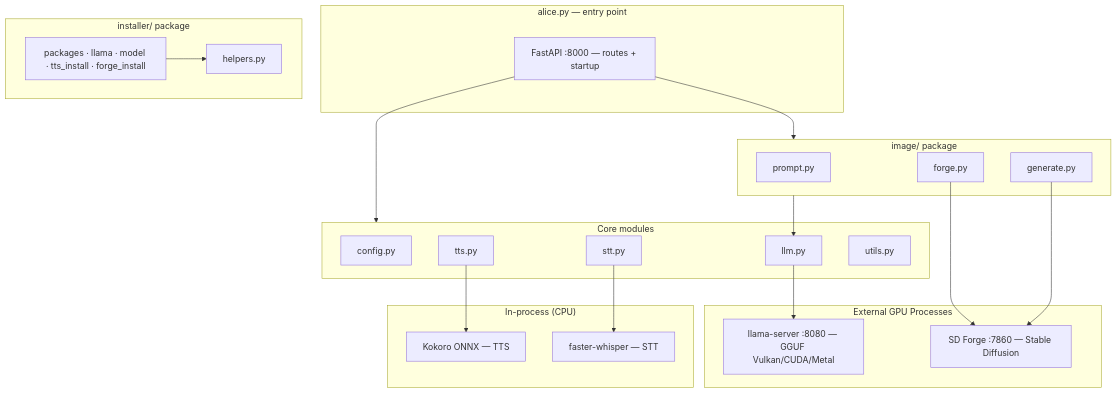
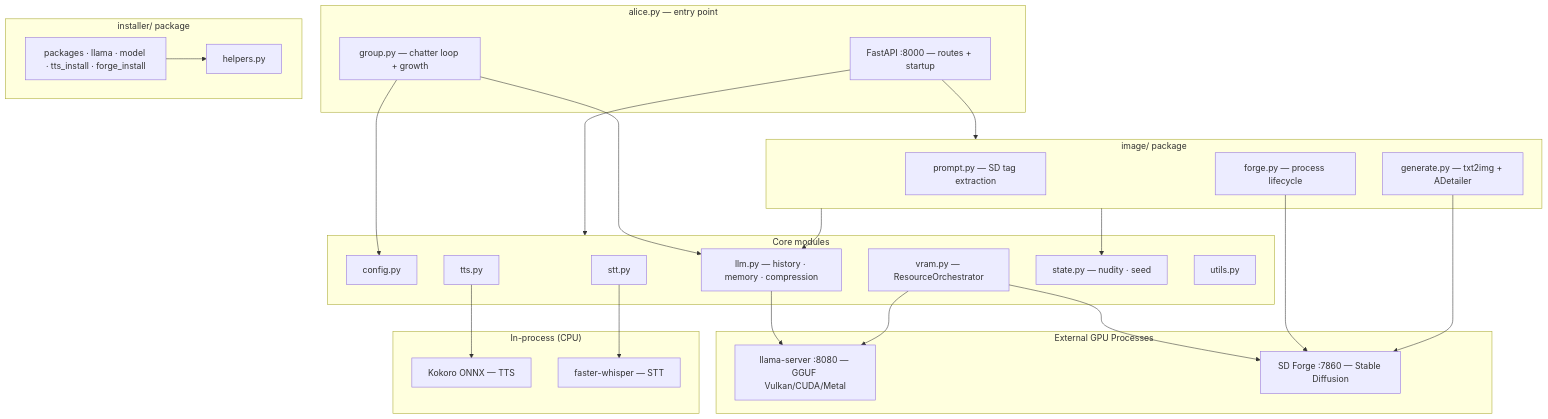
Before and after one commit to cschladetsch/PyLocalEnsemble: the first of 3 diagrams in Roadmap.md, drawn with Mermaid. The commit also changed other lines of this file and 2 other files, not shown here.

First line of the commit message:
Update all .md files with accurate mermaid diagrams

````diff
--- a/Roadmap.md
+++ b/Roadmap.md
@@ -32,45 +32,53 @@
 ```mermaid
 graph TD
     subgraph App ["alice.py — entry point"]
         Routes["FastAPI :8000 — routes + startup"]
+        Group["group.py — chatter loop + growth"]
     end
 
     subgraph Core ["Core modules"]
         Config["config.py"]
-        LLM["llm.py"]
+        LLM["llm.py — history · memory · compression"]
+        VRAM["vram.py — ResourceOrchestrator"]
         TTS_M["tts.py"]
         STT_M["stt.py"]
+        State["state.py — nudity · seed"]
         Utils["utils.py"]
     end
 
     subgraph ImagePkg ["image/ package"]
-        Prompt["prompt.py"]
-        Forge_["forge.py"]
-        Generate["generate.py"]
+        Prompt["prompt.py — SD tag extraction"]
+        Forge_["forge.py — process lifecycle"]
+        Generate["generate.py — txt2img + ADetailer"]
     end
 
     subgraph InstallPkg ["installer/ package"]
         Helpers["helpers.py"]
         Steps["packages · llama · model · tts_install · forge_install"]
     end
 
     subgraph GPU ["External GPU Processes"]
         LlamaServer["llama-server :8080 — GGUF Vulkan/CUDA/Metal"]
         Forge["SD Forge :7860 — Stable Diffusion"]
     end
 
     subgraph CPU ["In-process (CPU)"]
         Kokoro["Kokoro ONNX — TTS"]
         Whisper["faster-whisper — STT"]
     end
 
     Routes --> Core
     Routes --> ImagePkg
+    Group --> LLM
+    Group --> Config
     ImagePkg --> LLM
+    ImagePkg --> State
     LLM --> LlamaServer
+    VRAM --> LlamaServer
+    VRAM --> Forge
     Forge_ --> Forge
     Generate --> Forge
     TTS_M --> Kokoro
     STT_M --> Whisper
     Steps --> Helpers
 ```
````
